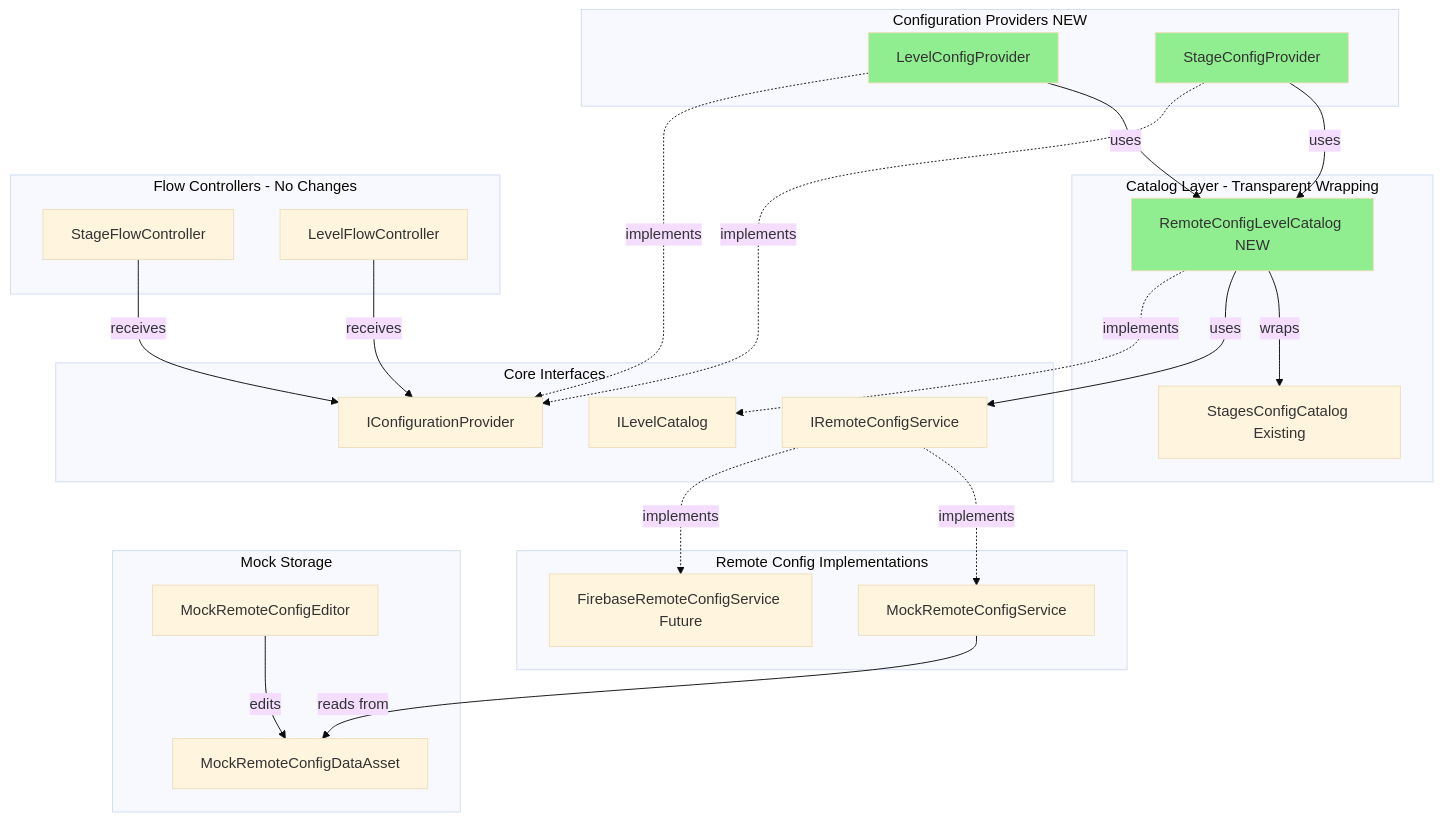
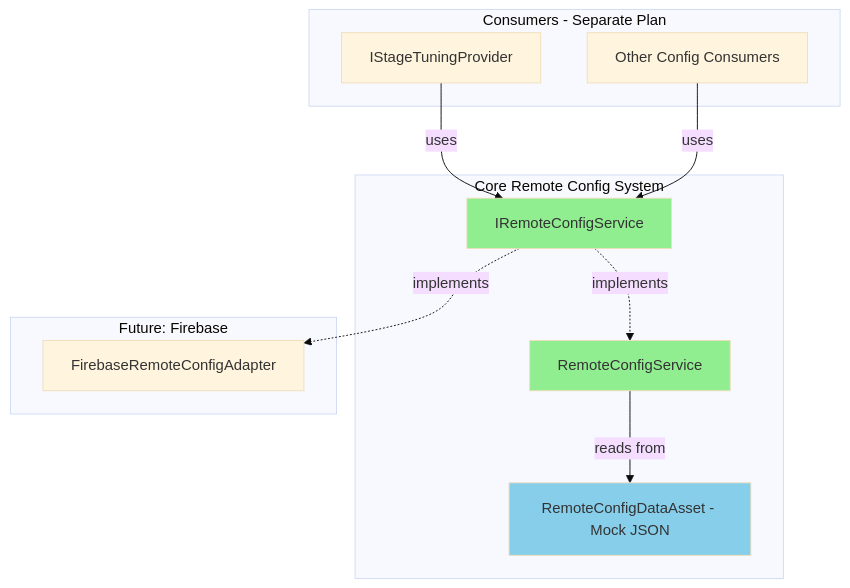
Before and after one commit to Jonsi/Knife-Toss: the first of 2 diagrams in .cursor/plans/remote_config_system_f24d3bee.plan.md, drawn with Mermaid (base theme). The commit also changed other lines of this file and 1 other file, not shown here.

First line of the commit message:
Update Architecture_Refactoring_Plan.md

````diff
--- a/.cursor/plans/remote_config_system_f24d3bee.plan.md
+++ b/.cursor/plans/remote_config_system_f24d3bee.plan.md
@@ -37,54 +38,28 @@
 ```mermaid
 graph TB
-    subgraph coreInterface [Core Interfaces]
+    subgraph core [Core Remote Config System]
         IRemoteConfigService[IRemoteConfigService]
-        IConfigProvider[IConfigurationProvider]
-        ILevelCatalog[ILevelCatalog]
+        RemoteConfigService[RemoteConfigService]
+        RemoteConfigDataAsset[RemoteConfigDataAsset - Mock JSON]
     end
     
-    subgraph implementations [Remote Config Implementations]
-        MockService[MockRemoteConfigService]
-        FirebaseService[FirebaseRemoteConfigService Future]
+    subgraph future [Future: Firebase]
+        FirebaseAdapter[FirebaseRemoteConfigAdapter]
     end
     
-    subgraph catalogLayer [Catalog Layer - Transparent Wrapping]
-        StagesConfigCatalog[StagesConfigCatalog Existing]
-        RemoteConfigCatalog[RemoteConfigLevelCatalog NEW]
+    subgraph consumers [Consumers - Separate Plan]
+        IStageTuningProvider[IStageTuningProvider]
+        OtherConsumers[Other Config Consumers]
     end
     
-    subgraph storage [Mock Storage]
-        EditorWindow[MockRemoteConfigEditor]
-        MockDataAsset[MockRemoteConfigDataAsset]
-    end
+    IRemoteConfigService -.implements.-> RemoteConfigService
+    IRemoteConfigService -.implements.-> FirebaseAdapter
+    RemoteConfigService -->|reads from| RemoteConfigDataAsset
     
-    subgraph providers [Configuration Providers NEW]
-        LevelConfigProvider[LevelConfigProvider]
-        StageConfigProvider[StageConfigProvider]
-    end
+    IStageTuningProvider -->|uses| IRemoteConfigService
+    OtherConsumers -->|uses| IRemoteConfigService
     
-    subgraph flowControllers [Flow Controllers - No Changes]
-        StageFlow[StageFlowController]
-        LevelFlow[LevelFlowController]
-    end
-    
-    IRemoteConfigService -.implements.-> MockService
-    IRemoteConfigService -.implements.-> FirebaseService
-    MockService -->|reads from| MockDataAsset
-    EditorWindow -->|edits| MockDataAsset
-    
-    RemoteConfigCatalog -->|wraps| StagesConfigCatalog
-    RemoteConfigCatalog -->|uses| IRemoteConfigService
-    RemoteConfigCatalog -.implements.-> ILevelCatalog
-    
-    LevelConfigProvider -->|uses| RemoteConfigCatalog
-    StageConfigProvider -->|uses| RemoteConfigCatalog
-    LevelConfigProvider -.implements.-> IConfigProvider
-    StageConfigProvider -.implements.-> IConfigProvider
-    
-    StageFlow -->|receives| IConfigProvider
-    LevelFlow -->|receives| IConfigProvider
-    
-    style RemoteConfigCatalog fill:#90EE90
-    style LevelConfigProvider fill:#90EE90
-    style StageConfigProvider fill:#90EE90
+    style IRemoteConfigService fill:#90EE90
+    style RemoteConfigService fill:#90EE90
+    style RemoteConfigDataAsset fill:#87CEEB
 ```
````
